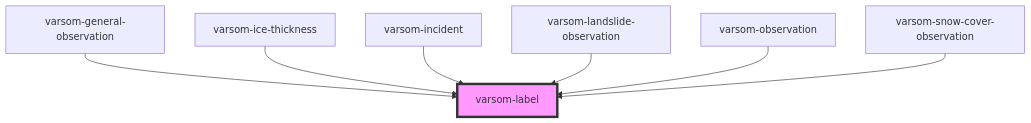
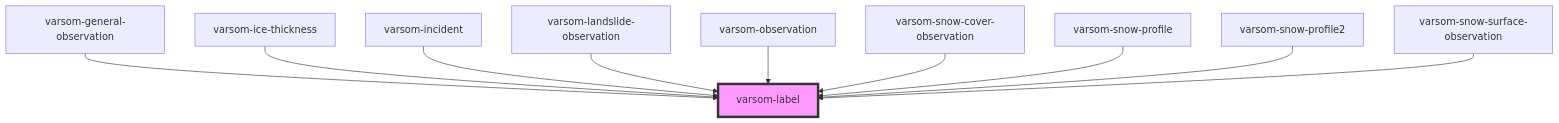
One commit to NVE/varsom-observation changed the diagram in observasjonskort/src/components/varsom-label/readme.md. Above: the diagram before and after it, drawn with Mermaid. The commit also changed other lines of this file and 13 other files, not shown here.

Commit message:
updated snow surface obs component

````diff
--- a/observasjonskort/src/components/varsom-label/readme.md
+++ b/observasjonskort/src/components/varsom-label/readme.md
@@ -27,10 +30,13 @@
 ```mermaid
 graph TD;
   varsom-general-observation --> varsom-label
   varsom-ice-thickness --> varsom-label
   varsom-incident --> varsom-label
   varsom-landslide-observation --> varsom-label
   varsom-observation --> varsom-label
   varsom-snow-cover-observation --> varsom-label
+  varsom-snow-profile --> varsom-label
+  varsom-snow-profile2 --> varsom-label
+  varsom-snow-surface-observation --> varsom-label
   style varsom-label fill:#f9f,stroke:#333,stroke-width:4px
 ```
````
